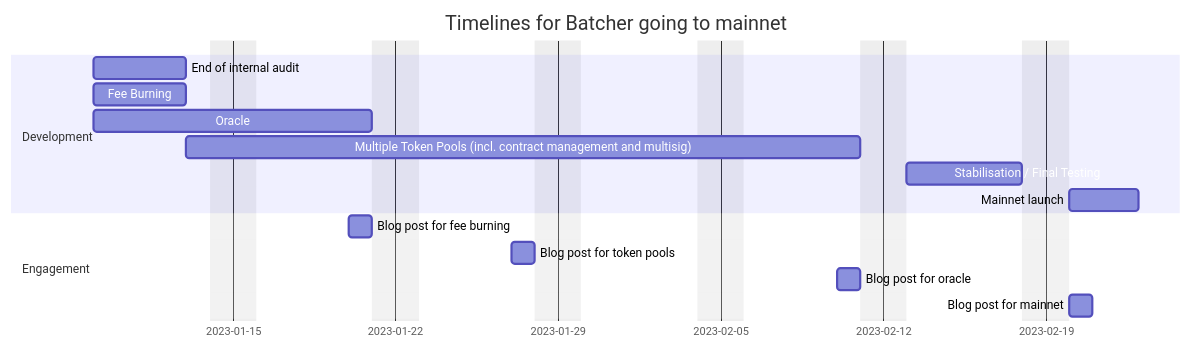
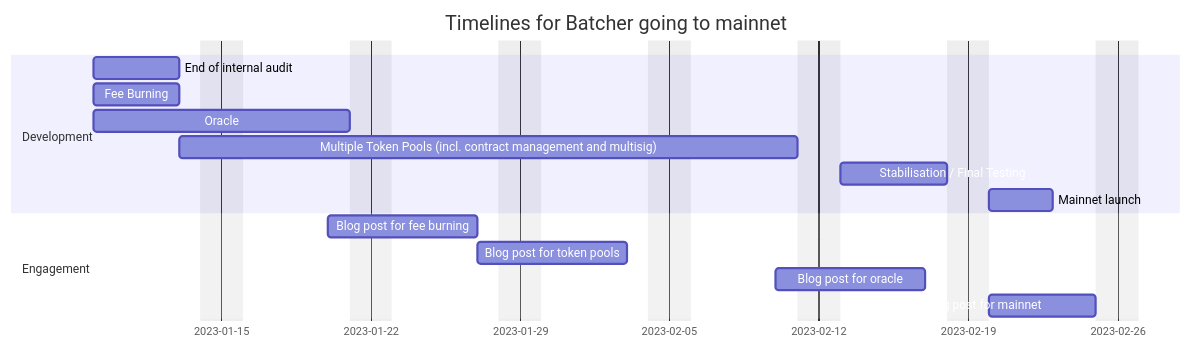
Before and after one commit to marigold-dev/batcher: the diagram in README.md, drawn with Mermaid.

Commit message:
README.md

````diff
--- a/README.md
+++ b/README.md
@@ -115,21 +115,21 @@
 ```mermaid
 gantt
    dateFormat YYYY-MM-DD
    title Timelines for Batcher going to mainnet
    excludes weekends
 
    section Development
    End of internal audit                                          :ia, 2023-01-09, 4d
    Fee Burning                                                    :fb, 2023-01-09, 4d
    Oracle                                                         :or, 2023-01-09, 10d
    Multiple Token Pools (incl. contract management and multisig)  :mtp, after fb, 3w
    Stabilisation / Final Testing                                  :ft, after mtp, 5d
    Mainnet launch                                                 :mn, after ft, 3d
 
    section Engagement
-   Blog post for fee burning                                      :bpfb, 2023-01-20, 1d
-   Blog post for token pools                                      :bptp, 2023-01-27, 1d
-   Blog post for oracle                                           :bpor, 2023-02-10, 1d
-   Blog post for mainnet                                          :bpmn, 2023-02-20, 1d
+   Blog post for fee burning                                      :bpfb, 2023-01-20, 5d
+   Blog post for token pools                                      :bptp, 2023-01-27, 5d
+   Blog post for oracle                                           :bpor, 2023-02-10, 5d
+   Blog post for mainnet                                          :bpmn, 2023-02-20, 5d
 
 ```
````
